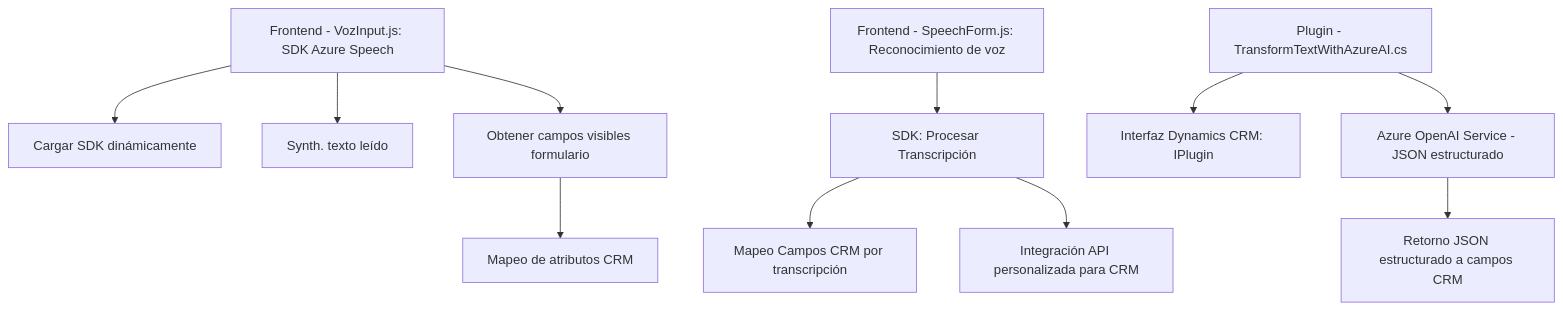
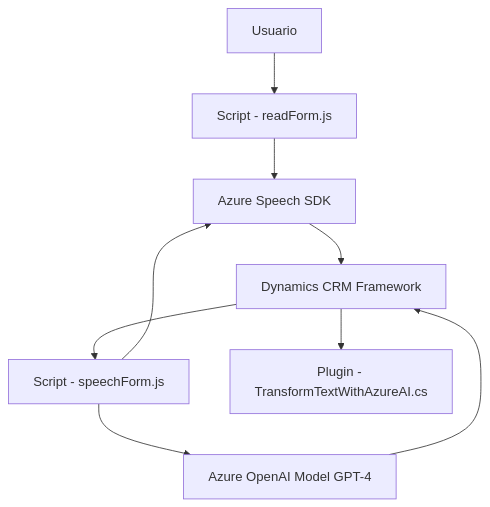
The diagram in README.md (blopezdm/NETCORE_BILBAO2025), drawn with Mermaid before and after one commit. The commit also changed other lines of this file, not shown here.

````diff
--- a/README.md
+++ b/README.md
@@ -41,15 +48,18 @@
 ```mermaid
 graph TD
-    A["Frontend - VozInput.js: SDK Azure Speech"] --> B["Cargar SDK dinámicamente"]
-    A --> C["Synth. texto leído"]
-    A --> D["Obtener campos visibles formulario"]
-    D --> E["Mapeo de atributos CRM"]
+    AzureSpeechSDK["Azure Speech SDK"]
+    AzureOpenAI["Azure OpenAI Model GPT-4"]
+    DynamicsCRM["Dynamics CRM Framework"]
+    User["Usuario"]
+    readFormJS["Script - readForm.js"]
+    speechFormJS["Script - speechForm.js"]
+    TransformTextAI["Plugin - TransformTextWithAzureAI.cs"]
 
-    F["Frontend - SpeechForm.js: Reconocimiento de voz"] --> G["SDK: Procesar Transcripción"]
-    G --> H["Mapeo Campos CRM por transcripción"]
-    G --> I["Integración API personalizada para CRM"]
-    
-    J["Plugin - TransformTextWithAzureAI.cs"] --> K["Interfaz Dynamics CRM: IPlugin"]
-    J --> L["Azure OpenAI Service - JSON estructurado"]
-    L --> M["Retorno JSON estructurado a campos CRM"]
+    User --> readFormJS --> AzureSpeechSDK
+    AzureSpeechSDK --> DynamicsCRM
+    DynamicsCRM --> speechFormJS
+    speechFormJS --> AzureSpeechSDK
+    speechFormJS --> AzureOpenAI
+    AzureOpenAI --> DynamicsCRM
+    DynamicsCRM --> TransformTextAI
 ```
````
